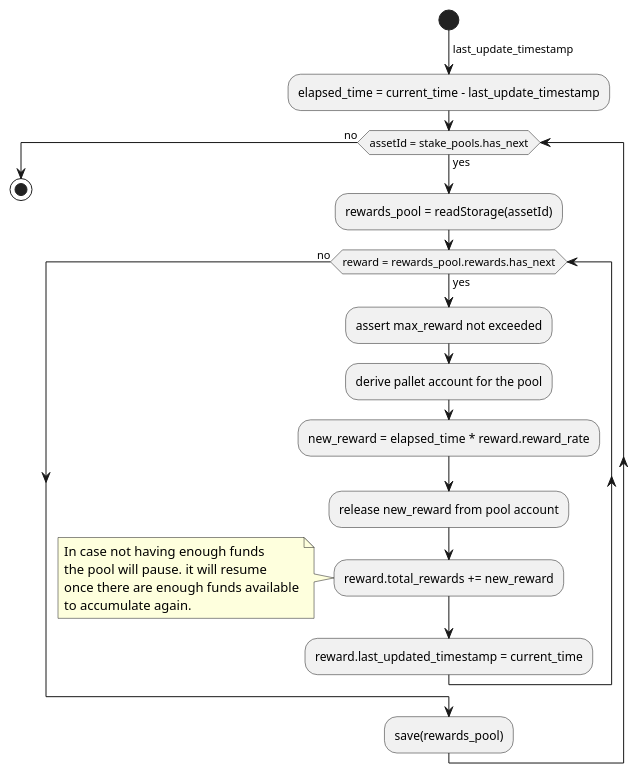
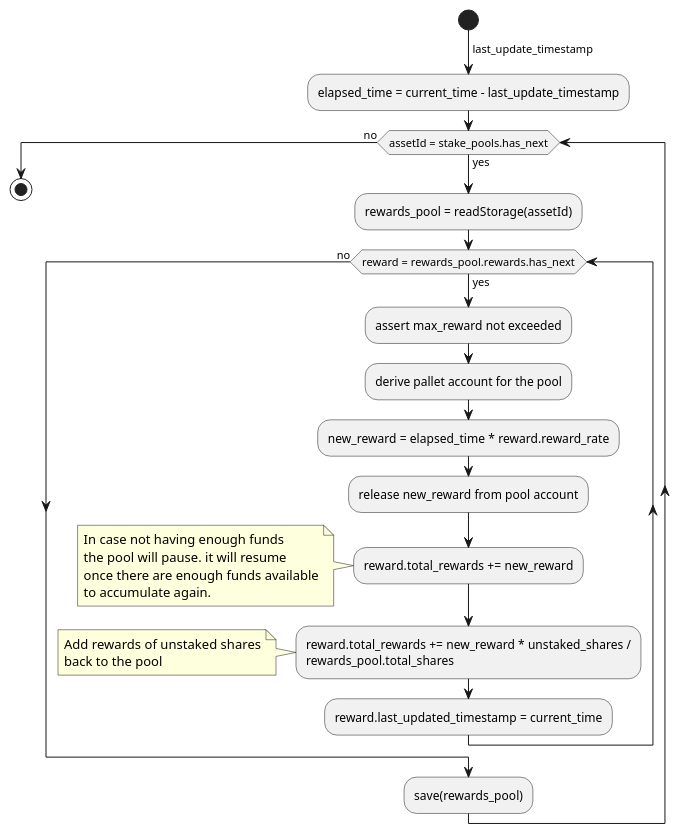
Before and after one commit to ComposableFi/composable: the tenth of 11 diagrams in rfcs/0005-pablo-distribution-assets/0005-pablo-distribution.adoc, drawn with PlantUML. The commit also changed other lines of this file and 3 other files, not shown here.

Commit message:
[PBL-295] Redistribute rewards earned by unstaked_shares

```diff
--- a/rfcs/0005-pablo-distribution-assets/0005-pablo-distribution.adoc
+++ b/rfcs/0005-pablo-distribution-assets/0005-pablo-distribution.adoc
@@ -532,26 +566,31 @@
 [plantuml,images/staking-rewards-reward-accumulation-hook,png]
 ----
 start
 ->last_update_timestamp;
 :elapsed_time = current_time - last_update_timestamp;
 while (assetId = stake_pools.has_next) is (yes)
     :rewards_pool = readStorage(assetId);
     while (reward = rewards_pool.rewards.has_next) is (yes)
         :assert max_reward not exceeded;
         :derive pallet account for the pool;
         :new_reward = elapsed_time * reward.reward_rate;
         :release new_reward from pool account;
         :reward.total_rewards += new_reward;
         note left
             In case not having enough funds
             the pool will pause. it will resume
             once there are enough funds available
             to accumulate again.
         endnote
+        :reward.total_rewards += new_reward * unstaked_shares /\nrewards_pool.total_shares;
+        note left
+            Add rewards of unstaked shares
+            back to the pool
+        endnote
         :reward.last_updated_timestamp = current_time;
     endwhile (no)
     :save(rewards_pool);
 endwhile (no)
 
 stop
 ----
```
